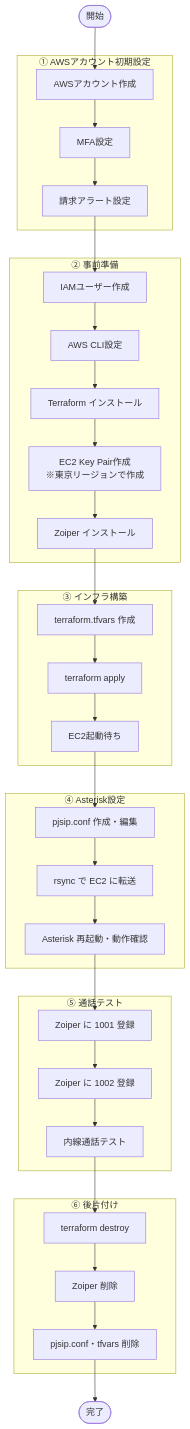
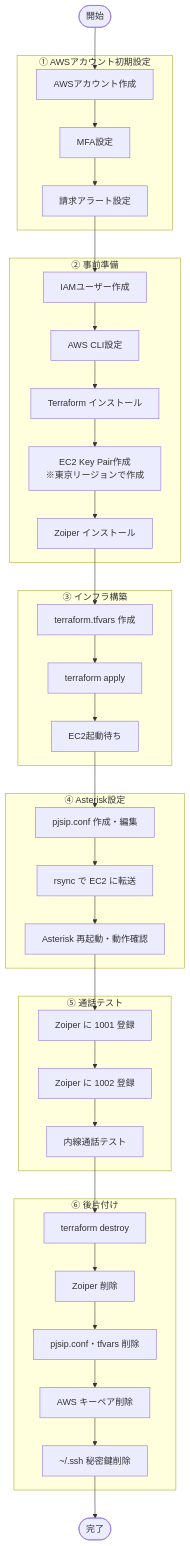
Before and after one commit to agaemo/asterisk-learning: the diagram in docs/tasks.md, drawn with Mermaid. The commit also changed other lines of this file, not shown here.

````diff
--- a/docs/tasks.md
+++ b/docs/tasks.md
@@ -8,43 +8,45 @@
 ```mermaid
 flowchart TD
     A([開始]) --> B
 
     subgraph INIT["① AWSアカウント初期設定"]
         B[AWSアカウント作成] --> C[MFA設定]
         C --> D[請求アラート設定]
     end
 
     subgraph PREP["② 事前準備"]
         E[IAMユーザー作成] --> F[AWS CLI設定]
         F --> G[Terraform インストール]
         G --> H[EC2 Key Pair作成\n※東京リージョンで作成]
         H --> I[Zoiper インストール]
     end
 
     subgraph INFRA["③ インフラ構築"]
         J[terraform.tfvars 作成] --> K[terraform apply]
         K --> L[EC2起動待ち]
     end
 
     subgraph ASTERISK["④ Asterisk設定"]
         M[pjsip.conf 作成・編集] --> N[rsync で EC2 に転送]
         N --> O[Asterisk 再起動・動作確認]
     end
 
     subgraph TEST["⑤ 通話テスト"]
         P[Zoiper に 1001 登録] --> Q[Zoiper に 1002 登録]
         Q --> R[内線通話テスト]
     end
 
     subgraph CLEANUP["⑥ 後片付け"]
         S[terraform destroy] --> T[Zoiper 削除]
         T --> U[pjsip.conf・tfvars 削除]
+        U --> V[AWS キーペア削除]
+        V --> W[~/.ssh 秘密鍵削除]
     end
 
     D --> E
     I --> J
     L --> M
     O --> P
     R --> S
-    U --> Z([完了])
+    W --> Z([完了])
 ```
````
